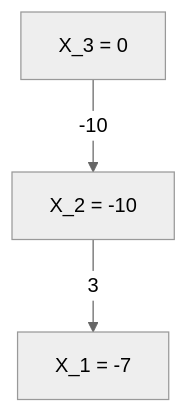
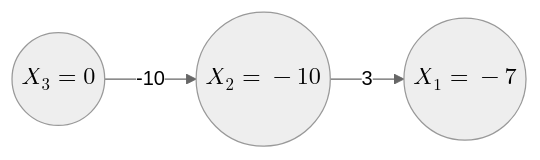
Before and after one commit to UFMG-Organizacao-de-Disciplinas/DCC865-Projeto_e_Analise_de_Algoritmos: diagram 20 of 22 in 2024.2/Notas de aula - JV.md, drawn with Mermaid (neutral theme). The commit also changed other lines of this file, not shown here.

````diff
--- a/2024.2/Notas de aula - JV.md
+++ b/2024.2/Notas de aula - JV.md
@@ -2101,9 +2116,9 @@
 ```mermaid
-graph TD
-  A[X_1 = -7]
-  B[X_2 = -10]
-  C[X_3 = 0]
+graph LR
+  A(("$$X_1 = -7$$"))
+  B(("$$X_2 = -10$$"))
+  C(("$$X_3 = 0$$"))
   
   C -->|-10| B
   B -->|3| A
 ```
````
